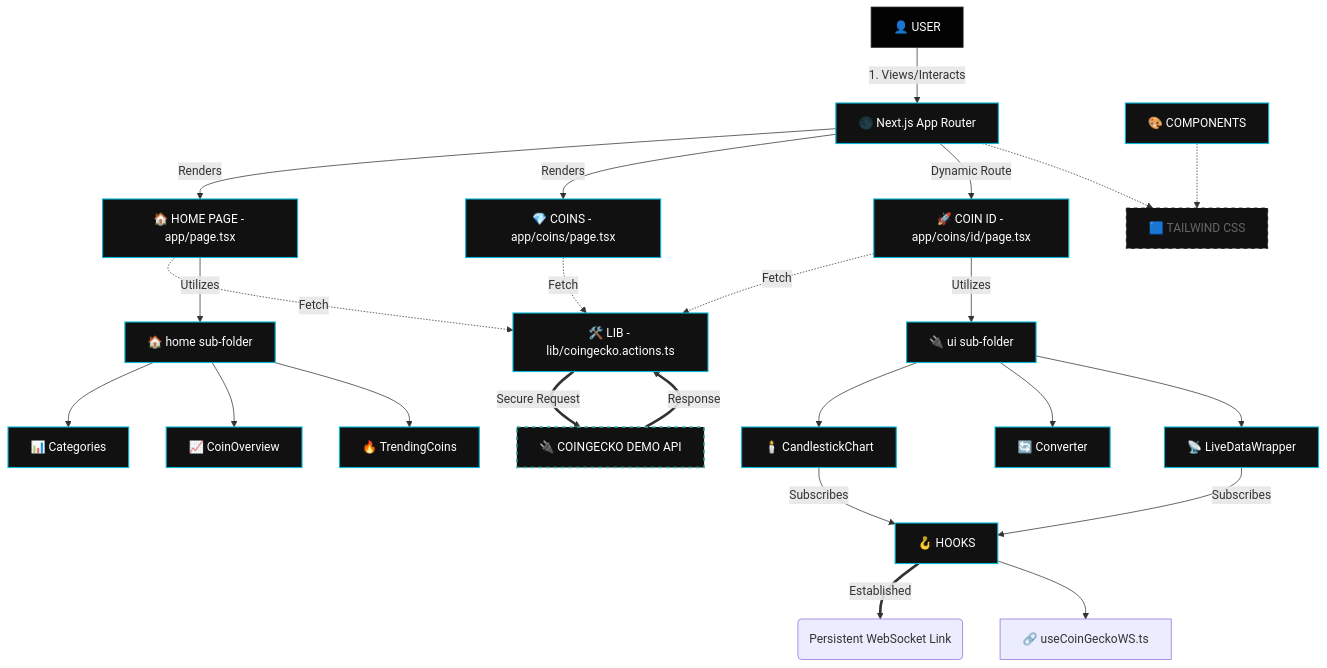
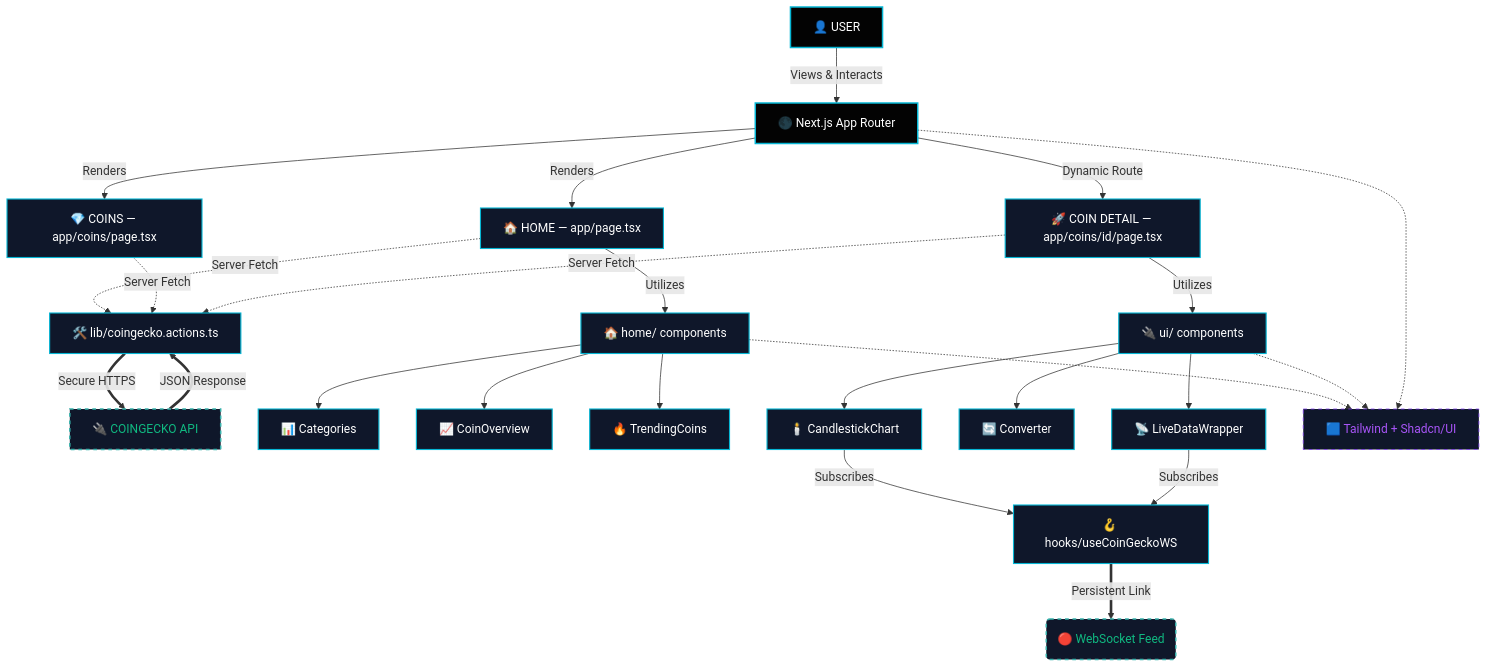
Before and after one commit to salonyranjan/BitFlow: the first of 3 diagrams in README.md, drawn with Mermaid. The commit also changed other lines of this file, not shown here.

````diff
--- a/README.md
+++ b/README.md
@@ -109,49 +240,48 @@
 ```mermaid
 graph TD
-    U[👤 USER] -->|1. Views/Interacts| APP
+    U[👤 USER] -->|Views & Interacts| APP
+
     APP[🌑 Next.js App Router]
-    
-    APP -->|Renders| P_HOME[🏠 HOME PAGE - app/page.tsx]
-    APP -->|Renders| P_COINS[💎 COINS - app/coins/page.tsx]
-    APP -->|Dynamic Route| P_ID[🚀 COIN ID - app/coins/id/page.tsx]
+    APP -->|Renders| P_HOME[🏠 HOME — app/page.tsx]
+    APP -->|Renders| P_COINS[💎 COINS — app/coins/page.tsx]
+    APP -->|Dynamic Route| P_ID[🚀 COIN DETAIL — app/coins/id/page.tsx]
 
-    SEC[🛠️ LIB - lib/coingecko.actions.ts]
-    CG[🔌 COINGECKO DEMO API]
-    
-    P_HOME -.->|Fetch| SEC
-    P_COINS -.->|Fetch| SEC
-    P_ID -.->|Fetch| SEC
-    SEC ==>|Secure Request| CG
-    CG ==>|Response| SEC
+    SEC[🛠️ lib/coingecko.actions.ts]
+    CG[🔌 COINGECKO API]
 
-    COMP[🎨 COMPONENTS]
-    P_HOME -->|Utilizes| C_H[🏠 home sub-folder]
+    P_HOME -.->|Server Fetch| SEC
+    P_COINS -.->|Server Fetch| SEC
+    P_ID -.->|Server Fetch| SEC
+    SEC ==>|Secure HTTPS| CG
+    CG ==>|JSON Response| SEC
+
+    P_HOME -->|Utilizes| C_H[🏠 home/ components]
     C_H --> CTG[📊 Categories]
     C_H --> COV[📈 CoinOverview]
     C_H --> TRD[🔥 TrendingCoins]
-    
-    P_ID -->|Utilizes| C_UI[🔌 ui sub-folder]
+
+    P_ID -->|Utilizes| C_UI[🔌 ui/ components]
     C_UI --> CSC[🕯️ CandlestickChart]
     C_UI --> CONV[🔄 Converter]
     C_UI --> LDW[📡 LiveDataWrapper]
 
-    HOOKS[🪝 HOOKS]
-    HOOKS ==>|Established| WS_UPLINK(Persistent WebSocket Link)
+    HOOKS[🪝 hooks/useCoinGeckoWS]
     CSC -->|Subscribes| HOOKS
     LDW -->|Subscribes| HOOKS
-    HOOKS --> UCG[🔗 useCoinGeckoWS.ts]
-    
-    STYLE[🟦 TAILWIND CSS]
-    COMP -.-> STYLE
-    APP -.-> STYLE
-    
-    classDef main fill:#030303,stroke:#333,stroke-width:1px,color:#fff;
-    classDef process fill:#111,stroke:#06b6d4,stroke-width:1.5px,color:#fff;
-    classDef data fill:#111,stroke:#0f172a,stroke-width:1px,color:#666,stroke-dasharray: 5 5;
-    classDef external fill:#111,stroke:#38b2ac,stroke-width:2px,color:#fff,stroke-dasharray: 5 5;
-    
-    class U main;
-    class APP,P_HOME,P_COINS,P_ID,COMP,C_H,C_UI,HOOKS,CSC,CONV,LDW,CTG,COV,TRD,SEC process;
-    class STYLE data;
-    class CG external;
+    HOOKS ==>|Persistent Link| WS_UPLINK(🔴 WebSocket Feed)
+
+    THEME[🟦 Tailwind + Shadcn/UI]
+    C_H -.-> THEME
+    C_UI -.-> THEME
+    APP -.-> THEME
+
+    classDef main fill:#030303,stroke:#06b6d4,stroke-width:2px,color:#fff;
+    classDef process fill:#0f172a,stroke:#06b6d4,stroke-width:1.5px,color:#fff;
+    classDef external fill:#0f172a,stroke:#38b2ac,stroke-width:2px,color:#10b981,stroke-dasharray:5 5;
+    classDef styleClass fill:#0f172a,stroke:#7c3aed,stroke-width:1px,color:#a855f7,stroke-dasharray:5 5;
+
+    class U,APP main;
+    class P_HOME,P_COINS,P_ID,SEC,C_H,C_UI,CTG,COV,TRD,CSC,CONV,LDW,HOOKS process;
+    class CG,WS_UPLINK external;
+    class THEME styleClass;
 ```
````
